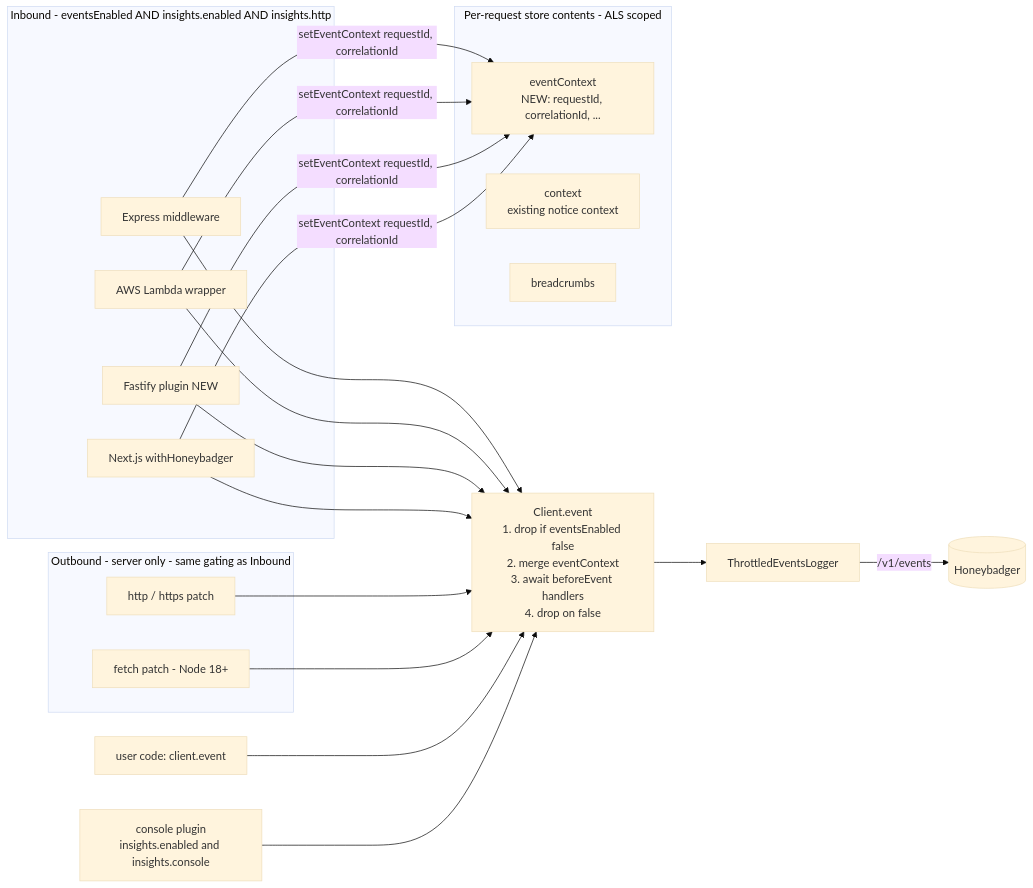
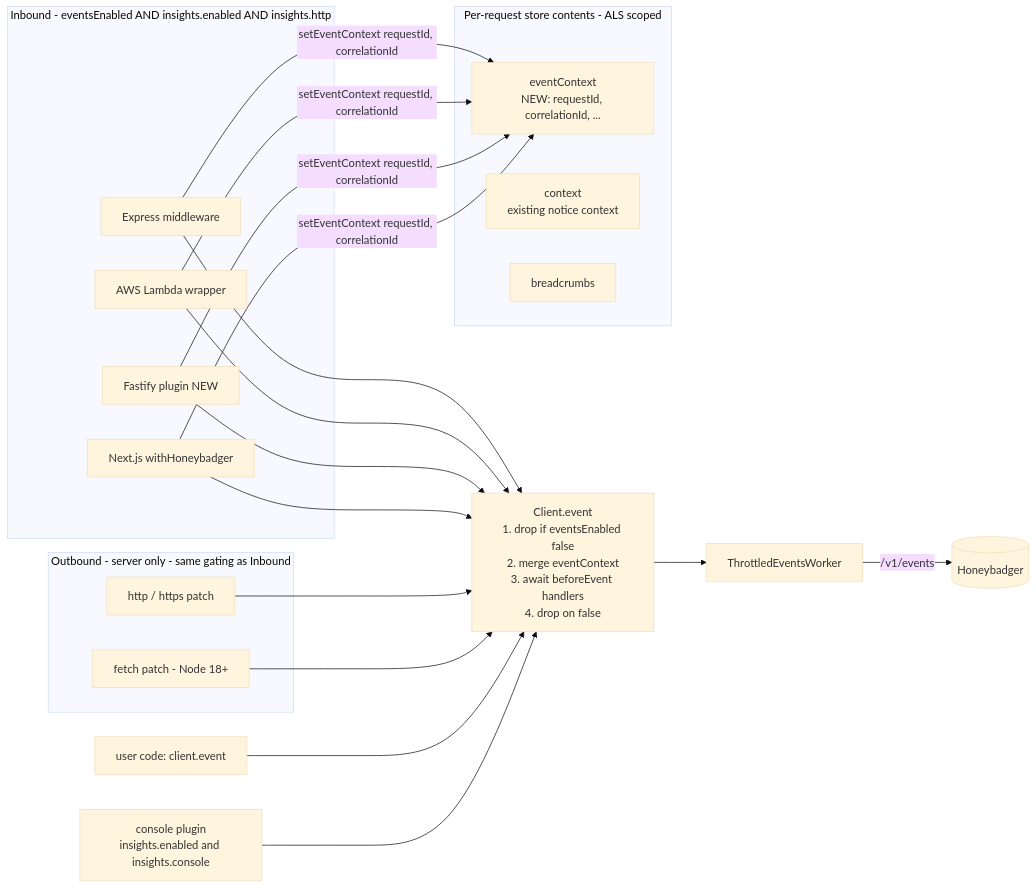
One commit to honeybadger-io/honeybadger-js changed the first of 2 diagrams in docs/plans/http-instrumentation.md. Above: the diagram before and after it, drawn with Mermaid (base theme). The commit also changed other lines of this file and 7 other files, not shown here.

First line of the commit message:
refactor(core): rename EventsLogger/ThrottledEventsLogger to *Worker

````diff
--- a/docs/plans/http-instrumentation.md
+++ b/docs/plans/http-instrumentation.md
@@ -35,37 +35,37 @@
 ```mermaid
 flowchart LR
   subgraph PerRequest[Per-request store contents - ALS scoped]
     EC[eventContext<br/>NEW: requestId, correlationId, ...]
     NC[context<br/>existing notice context]
     BC[breadcrumbs]
   end
 
   subgraph Inbound[Inbound - eventsEnabled AND insights.enabled AND insights.http]
     EX[Express middleware]
     LM[AWS Lambda wrapper]
     FA[Fastify plugin NEW]
     NX[Next.js withHoneybadger]
   end
 
   subgraph Outbound[Outbound - server only - same gating as Inbound]
     OH[http / https patch]
     OF[fetch patch - Node 18+]
   end
 
   EX -->|setEventContext requestId, correlationId| EC
   LM -->|setEventContext requestId, correlationId| EC
   FA -->|setEventContext requestId, correlationId| EC
   NX -->|setEventContext requestId, correlationId| EC
 
   EX --> EV
   LM --> EV
   FA --> EV
   NX --> EV
   OH --> EV
   OF --> EV
   USR[user code: client.event] --> EV
   CON[console plugin<br/>insights.enabled and insights.console] --> EV
 
-  EV[Client.event<br/>1. drop if eventsEnabled false<br/>2. merge eventContext<br/>3. await beforeEvent handlers<br/>4. drop on false] --> Q[ThrottledEventsLogger]
+  EV[Client.event<br/>1. drop if eventsEnabled false<br/>2. merge eventContext<br/>3. await beforeEvent handlers<br/>4. drop on false] --> Q[ThrottledEventsWorker]
   Q -->|/v1/events| HB[(Honeybadger)]
 ```
````
